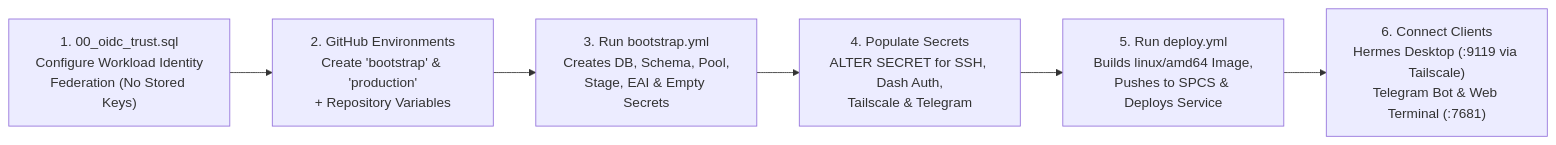
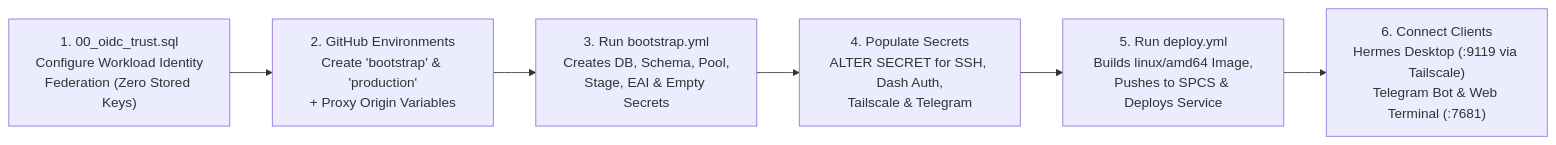
One commit to fbattaglieri-snowflake/hermes-snowflake changed the fourth of 4 diagrams in README.md. Above: the diagram before and after it, drawn with Mermaid. The commit also changed other lines of this file and 24 other files, not shown here.

````diff
--- a/README.md
+++ b/README.md
@@ -291,8 +327,8 @@
 ```mermaid
 flowchart LR
-    S1["1. 00_oidc_trust.sql<br/>Configure Workload Identity<br/>Federation (No Stored Keys)"] --> S2["2. GitHub Environments<br/>Create 'bootstrap' & 'production'<br/>+ Repository Variables"]
+    S1["1. 00_oidc_trust.sql<br/>Configure Workload Identity<br/>Federation (Zero Stored Keys)"] --> S2["2. GitHub Environments<br/>Create 'bootstrap' & 'production'<br/>+ Proxy Origin Variables"]
     S2 --> S3["3. Run bootstrap.yml<br/>Creates DB, Schema, Pool,<br/>Stage, EAI & Empty Secrets"]
     S3 --> S4["4. Populate Secrets<br/>ALTER SECRET for SSH, Dash Auth,<br/>Tailscale & Telegram"]
     S4 --> S5["5. Run deploy.yml<br/>Builds linux/amd64 Image,<br/>Pushes to SPCS & Deploys Service"]
     S5 --> S6["6. Connect Clients<br/>Hermes Desktop (:9119 via Tailscale)<br/>Telegram Bot & Web Terminal (:7681)"]
 ```
````
